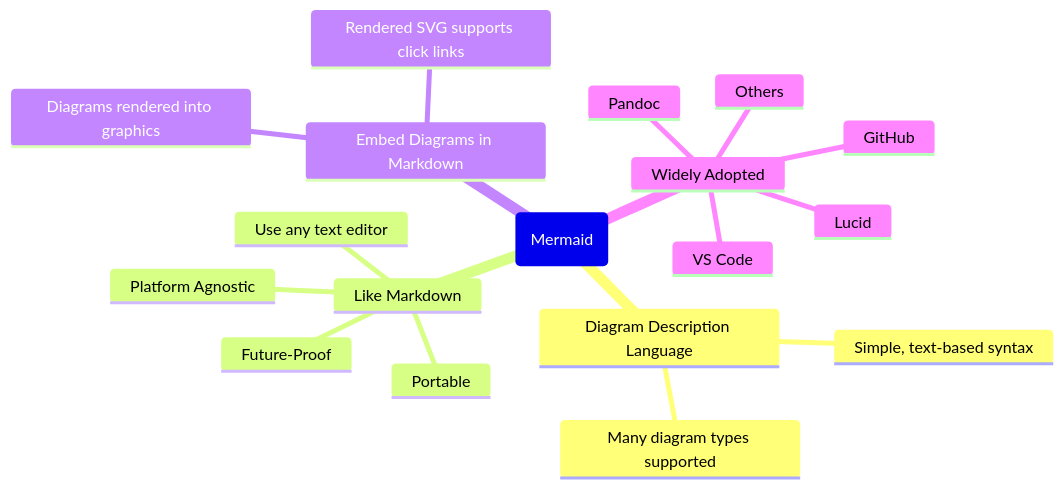
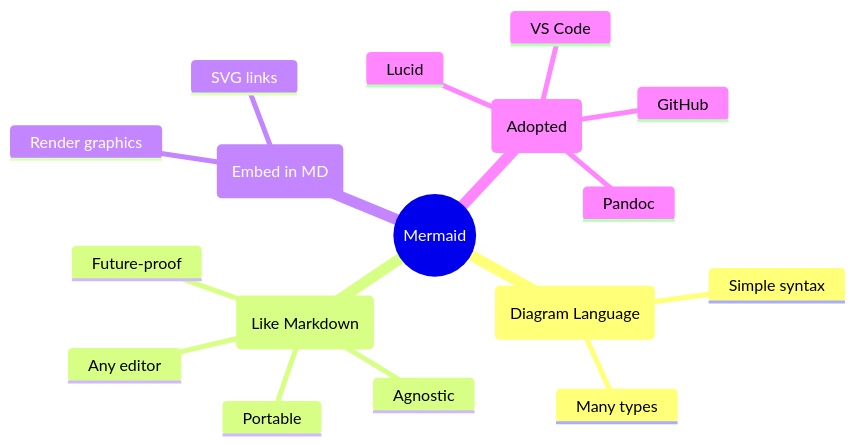
One commit to buckeye43210/markdown-to-snowkb changed the fourth of 9 diagrams in README.md. Above: the diagram before and after it, drawn with Mermaid. The commit also changed other lines of this file, not shown here.

````diff
--- a/README.md
+++ b/README.md
@@ -428,21 +308,20 @@
-~~~mermaid
+```mermaid
 mindmap
-  root(Mermaid)
-    Diagram Description Language
-      Simple, text-based syntax
-      Many diagram types supported
-    Like Markdown
+  root((Mermaid))
+    (Diagram Language)
+      Simple syntax
+      Many types
+    (Like Markdown)
       Portable
-      Platform Agnostic
-      Use any text editor
-      Future-Proof
-    Embed Diagrams in Markdown
-      Diagrams rendered into graphics
-      Rendered SVG supports click links
-    Widely Adopted
+      Agnostic
+      Any editor
+      Future-proof
+    (Embed in MD)
+      Render graphics
+      SVG links
+    (Adopted)
       Lucid
       GitHub
       Pandoc
       VS Code
-      Others
-~~~
+```
````
